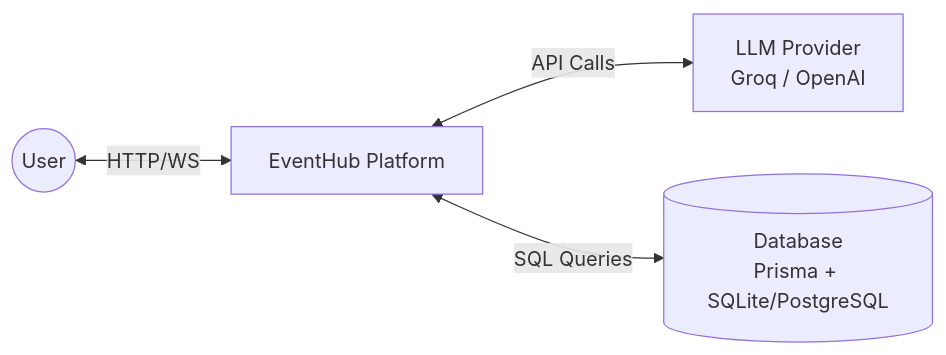
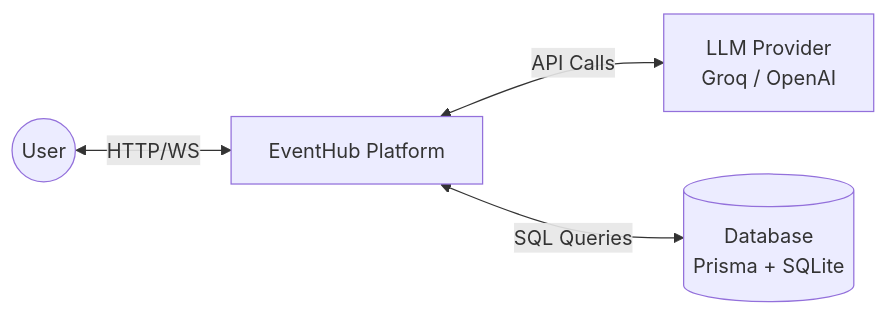
Before and after one commit to soewal19/Application_Radency_JS-Personal-Project-April-2026: the first of 3 diagrams in docs/agents-c4.md, drawn with Mermaid. The commit also changed 16 other files, not shown here.

Commit message:
feat: switch from PostgreSQL to SQLite as default database

````diff
--- a/docs/agents-c4.md
+++ b/docs/agents-c4.md
@@ -7,11 +7,11 @@
 ```mermaid
 graph LR
     User((User))
     EventHub[EventHub Platform]
     LLM[LLM Provider\nGroq / OpenAI]
-    DB[(Database\nPrisma + SQLite/PostgreSQL)]
+    DB[(Database\nPrisma + SQLite)]
 
     User <-->|HTTP/WS| EventHub
     EventHub <-->|API Calls| LLM
     EventHub <-->|SQL Queries| DB
 ```
````
